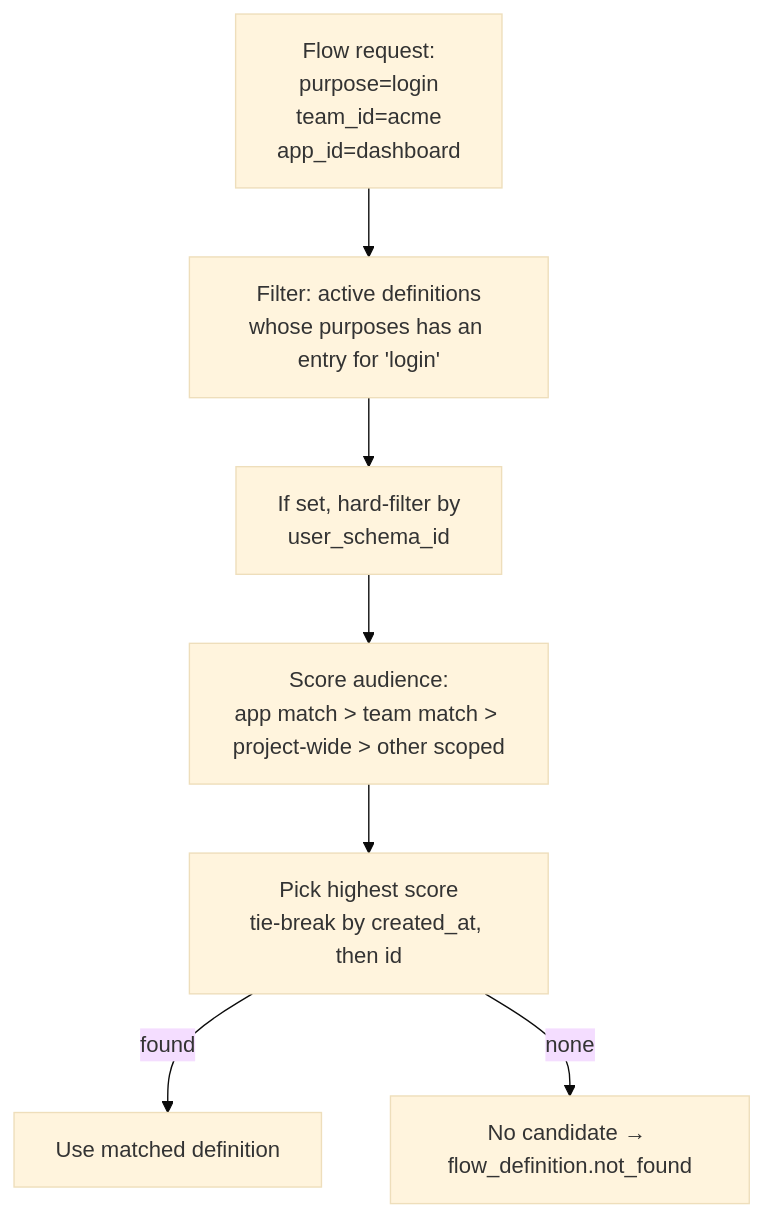
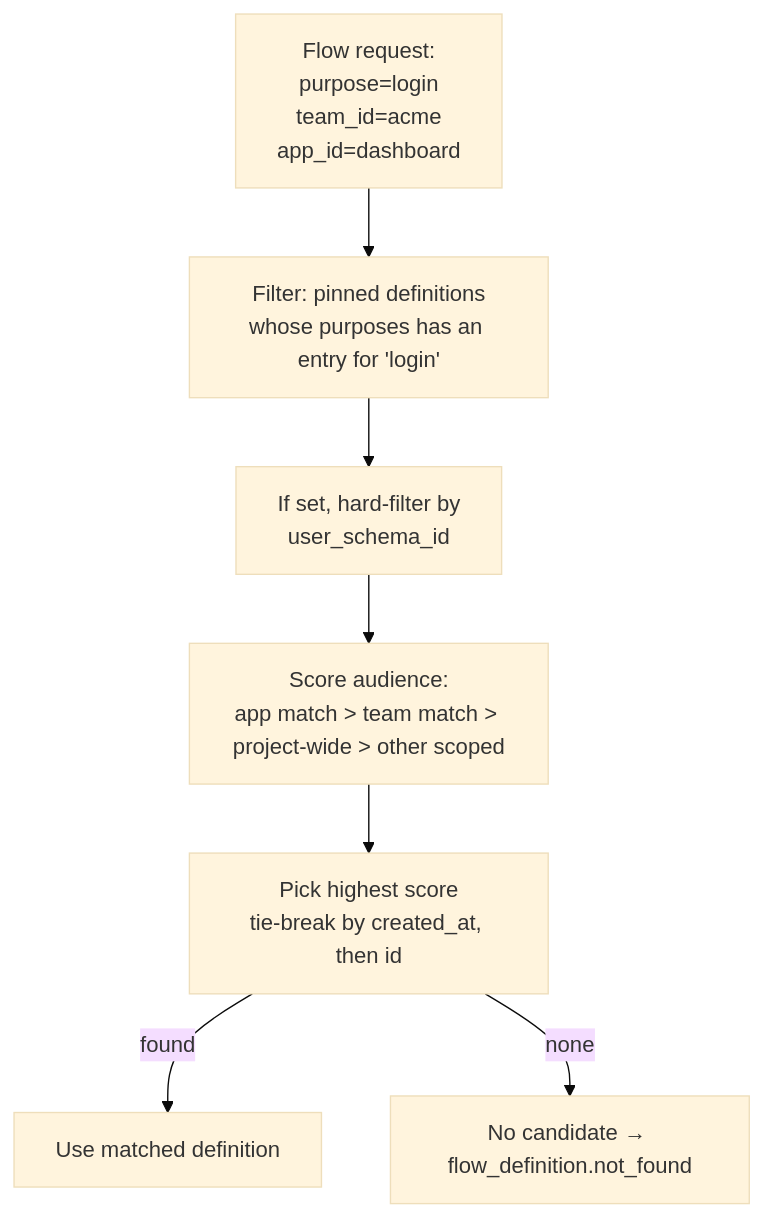
One commit to zitadel/nextgen changed the fifth of 8 diagrams in docs/design/flowengine/flow-engine-guide.md. Above: the diagram before and after it, drawn with Mermaid (base theme). The commit also changed other lines of this file and 103 other files, not shown here.

First line of the commit message:
feat: drop the flow definition status and serve every flow a release pins

````diff
--- a/docs/design/flowengine/flow-engine-guide.md
+++ b/docs/design/flowengine/flow-engine-guide.md
@@ -406,13 +404,13 @@
 ```mermaid
 flowchart TD
     req["Flow request:<br>purpose=login<br>team_id=acme<br>app_id=dashboard"]
-    filter["Filter: active definitions<br>whose purposes has an entry for 'login'"]
+    filter["Filter: pinned definitions<br>whose purposes has an entry for 'login'"]
     schema["If set, hard-filter by<br>user_schema_id"]
     match["Score audience:<br>app match > team match > project-wide > other scoped"]
     pick["Pick highest score<br>tie-break by created_at, then id"]
     missing["No candidate → flow_definition.not_found"]
 
     req --> filter --> schema --> match --> pick
     pick -->|found| use["Use matched definition"]
     pick -->|none| missing
 ```
````
